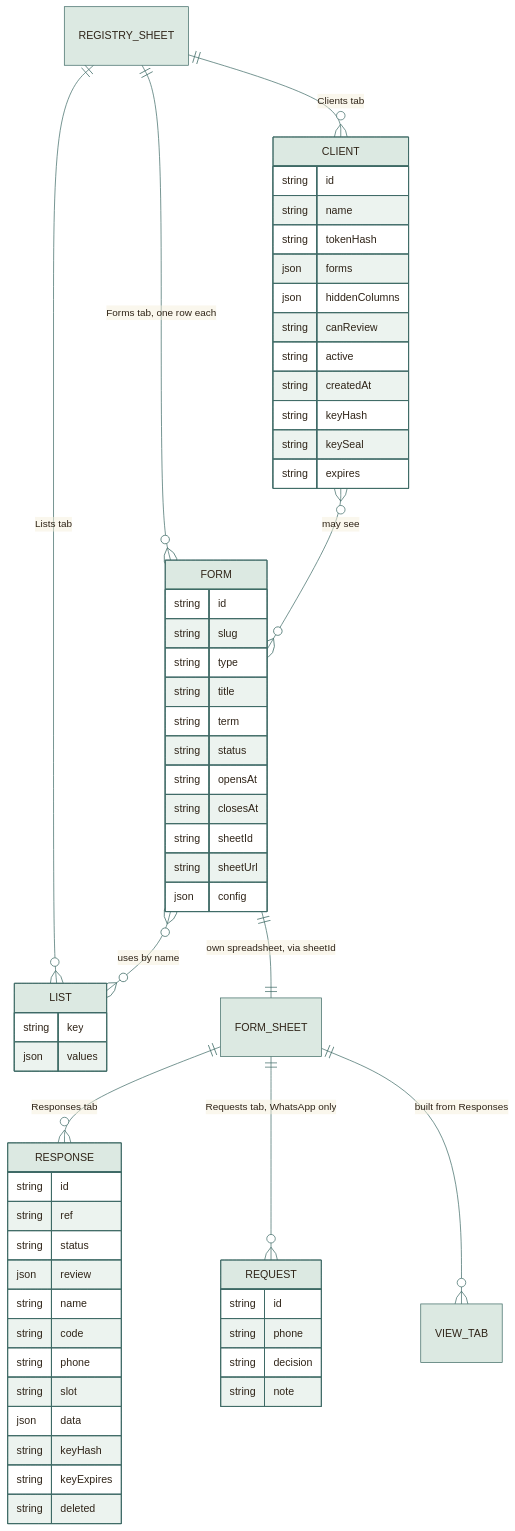
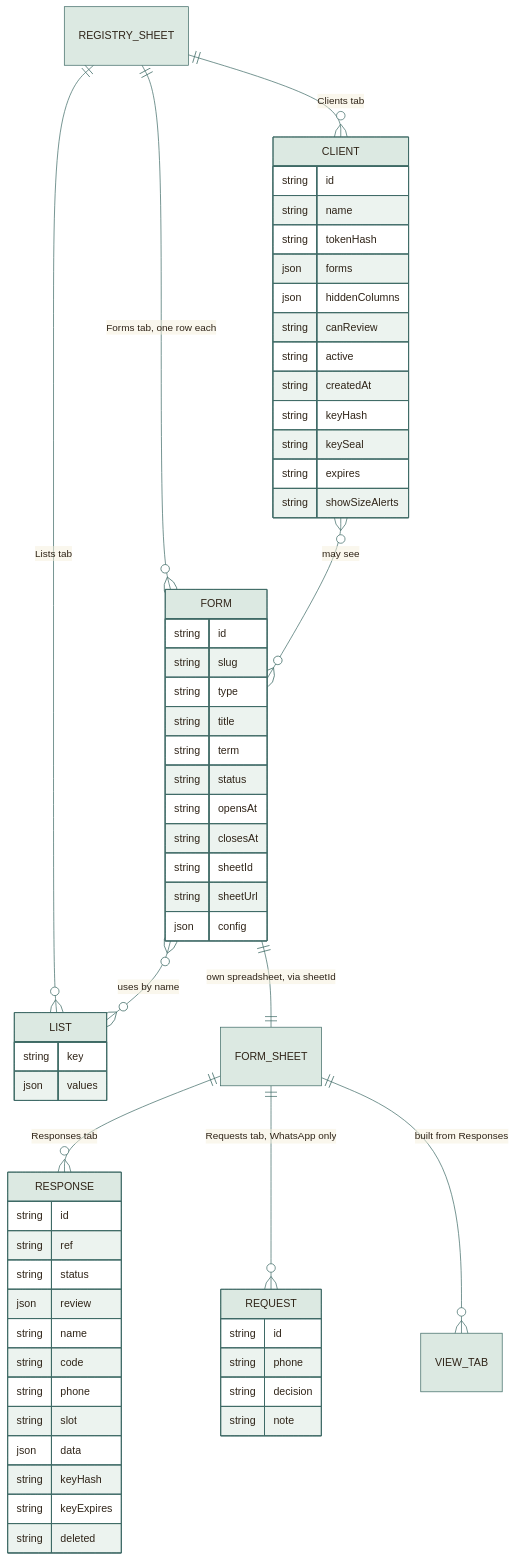
One commit to moyeh04/forms-platform changed the diagram in docs/reference/DATA-MODEL.md. Above: the diagram before and after it, drawn with Mermaid. The commit also changed other lines of this file and 11 other files, not shown here.

```diff
--- a/docs/reference/DATA-MODEL.md
+++ b/docs/reference/DATA-MODEL.md
@@ -78,6 +78,7 @@
         string keyHash
         string keySeal
         string expires
+        string showSizeAlerts
     }
     REQUEST {
         string id
```
